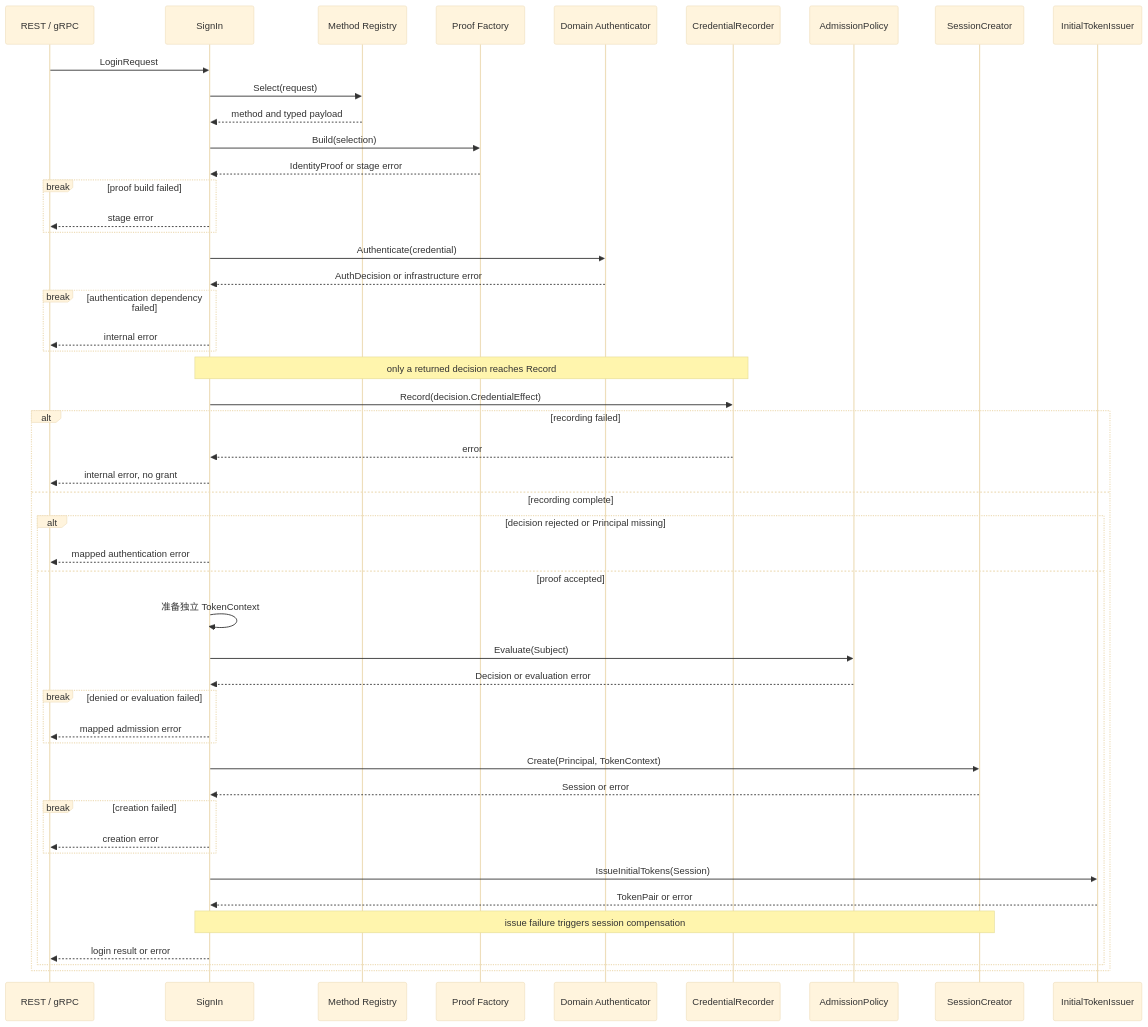
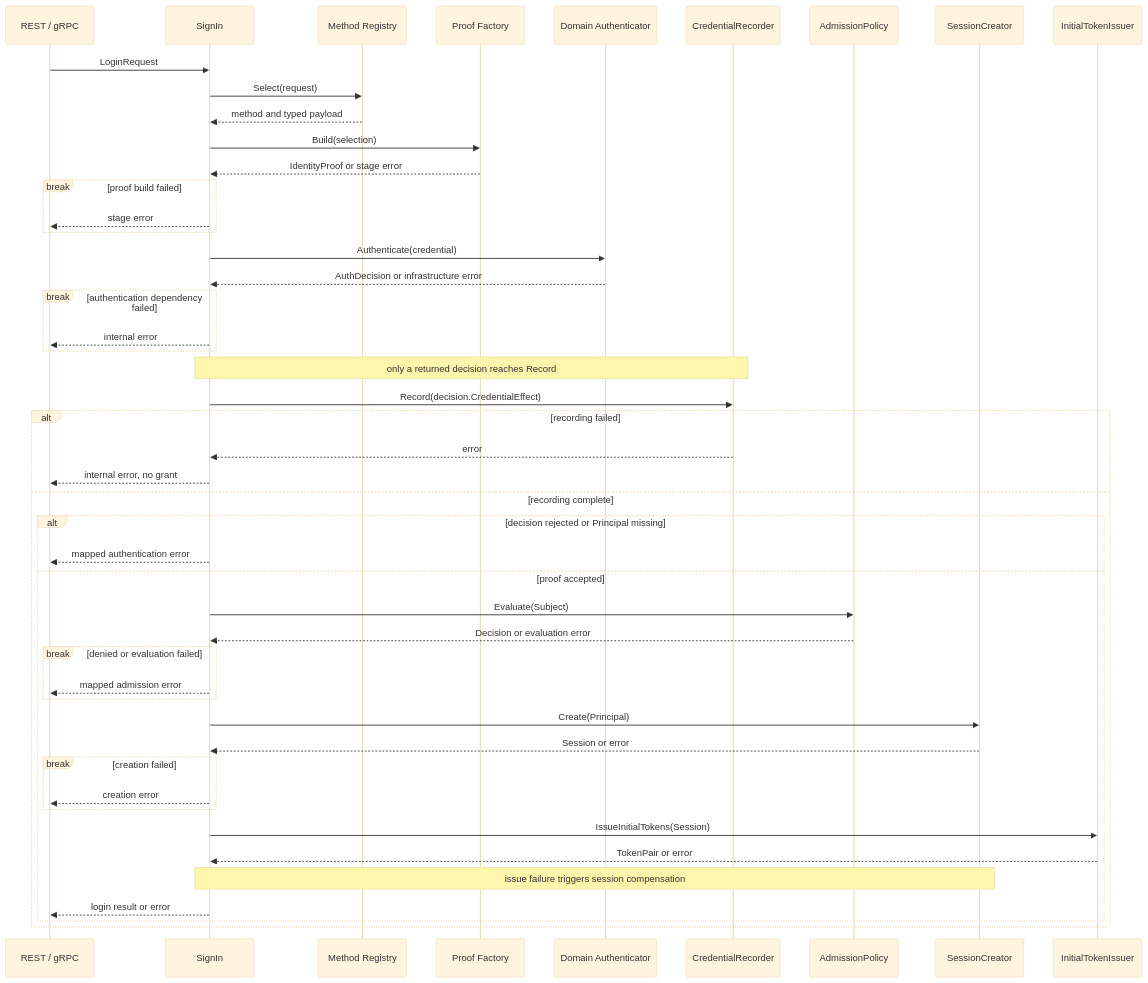
Before and after one commit to FangcunMount/iam-contracts: the first of 3 diagrams in docs/02-业务模块/02-AuthN/04-关键链路-Login登录认证.md, drawn with Mermaid (base theme). The commit also changed other lines of this file and 49 other files, not shown here.

Commit message:
refactor(authn): 在会话管理中将 TokenContext 替换为 BusinessContext - 更新了身份验证流程，移除 TokenContext 并引入 BusinessContext 进行会话管理。 - 调整了相关 API 文档，以反映身份验证方法和载荷结构的变化。 - 修改了会话创建和处理逻辑，以适应新的 BusinessContext，同时确保与现有功能的向后兼性。 - 清理了相关测试，使其与新会话结构和上下文处理保持一致。

````diff
--- a/docs/02-业务模块/02-AuthN/04-关键链路-Login登录认证.md
+++ b/docs/02-业务模块/02-AuthN/04-关键链路-Login登录认证.md
@@ -17,51 +17,50 @@
 ```mermaid
 sequenceDiagram
     participant T as REST / gRPC
     participant S as SignIn
     participant M as Method Registry
     participant F as Proof Factory
     participant A as Domain Authenticator
     participant R as CredentialRecorder
     participant AP as AdmissionPolicy
     participant SC as SessionCreator
     participant TI as InitialTokenIssuer
     T->>S: LoginRequest
     S->>M: Select(request)
     M-->>S: method and typed payload
     S->>F: Build(selection)
     F-->>S: IdentityProof or stage error
     break proof build failed
         S-->>T: stage error
     end
     S->>A: Authenticate(credential)
     A-->>S: AuthDecision or infrastructure error
     break authentication dependency failed
         S-->>T: internal error
     end
     Note over S,R: only a returned decision reaches Record
     S->>R: Record(decision.CredentialEffect)
     alt recording failed
         R-->>S: error
         S-->>T: internal error, no grant
     else recording complete
         alt decision rejected or Principal missing
             S-->>T: mapped authentication error
         else proof accepted
-            S->>S: 准备独立 TokenContext
             S->>AP: Evaluate(Subject)
             AP-->>S: Decision or evaluation error
             break denied or evaluation failed
                 S-->>T: mapped admission error
             end
-            S->>SC: Create(Principal, TokenContext)
+            S->>SC: Create(Principal)
             SC-->>S: Session or error
             break creation failed
                 S-->>T: creation error
             end
             S->>TI: IssueInitialTokens(Session)
             TI-->>S: TokenPair or error
             Note over S,SC: issue failure triggers session compensation
             S-->>T: login result or error
         end
     end
 ```
````
